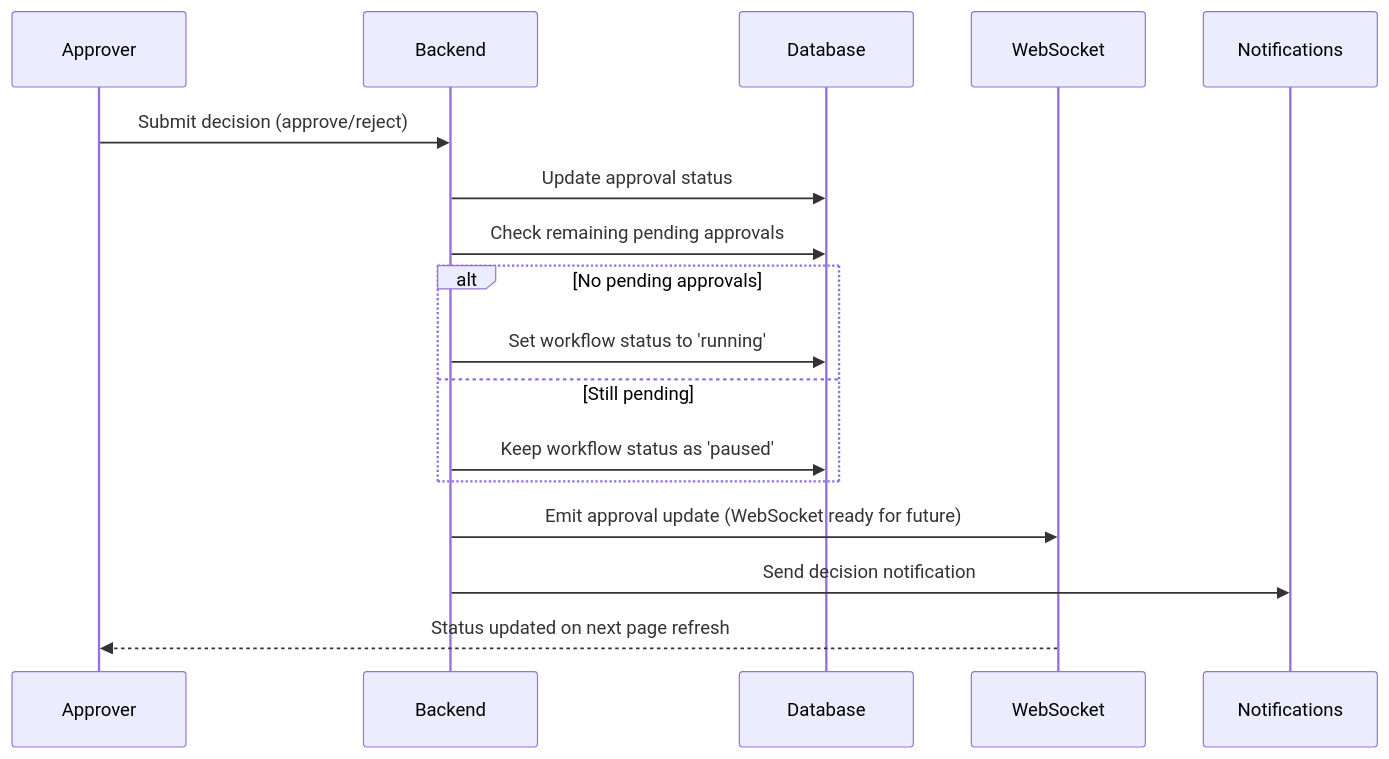
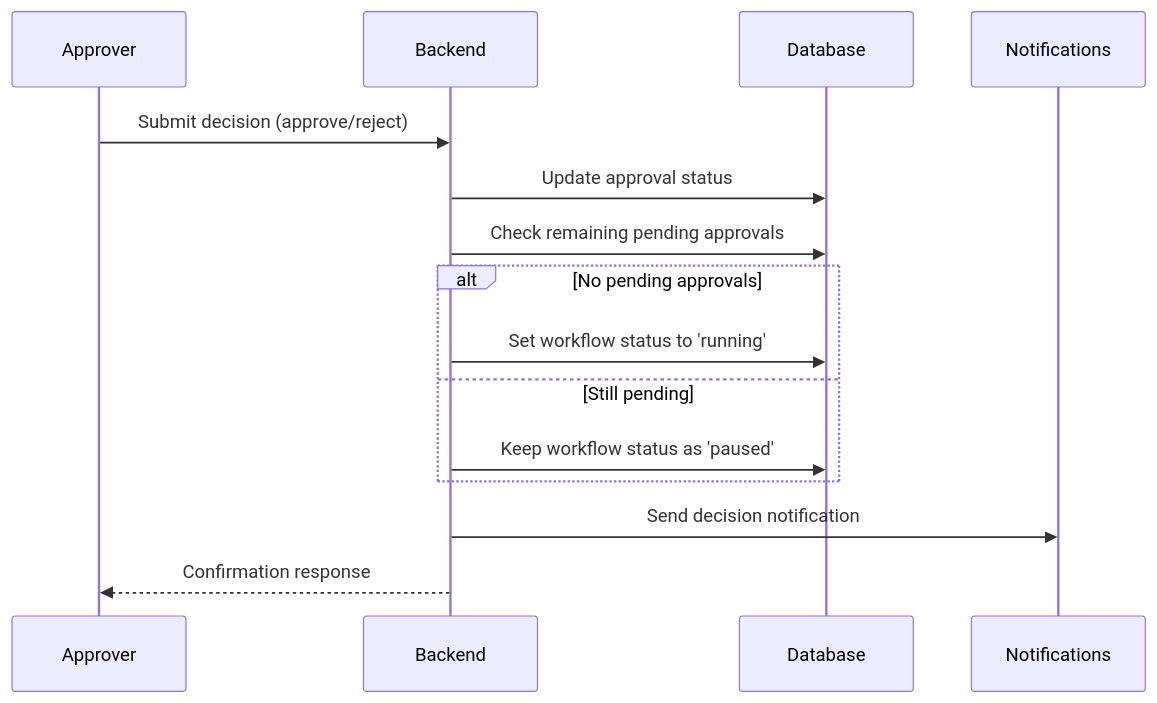
The fifth of 5 diagrams in README.md (Kushagra1122/approval-orchestrator), drawn with Mermaid before and after one commit. The commit also changed other lines of this file, not shown here.

````diff
--- a/README.md
+++ b/README.md
@@ -245,22 +362,20 @@
 ```mermaid
 sequenceDiagram
     participant A as Approver
     participant B as Backend
     participant D as Database
-    participant W as WebSocket
     participant N as Notifications
     
     A->>B: Submit decision (approve/reject)
     B->>D: Update approval status
     B->>D: Check remaining pending approvals
     
     alt No pending approvals
         B->>D: Set workflow status to 'running'
     else Still pending
         B->>D: Keep workflow status as 'paused'
     end
     
-    B->>W: Emit approval update (WebSocket ready for future)
     B->>N: Send decision notification
-    W-->>A: Status updated on next page refresh
+    B-->>A: Confirmation response
 ```
````
